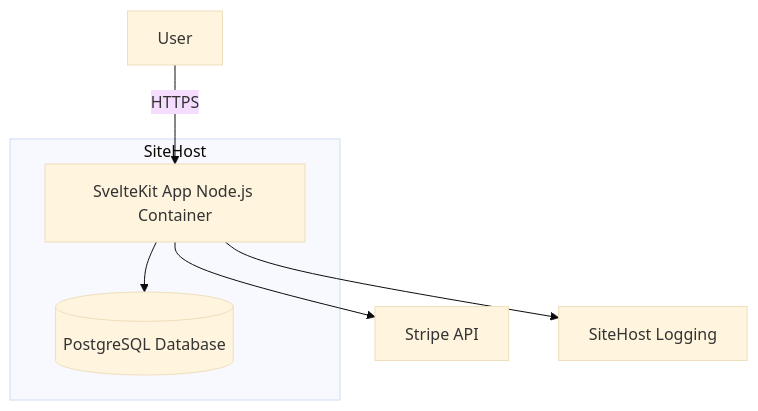
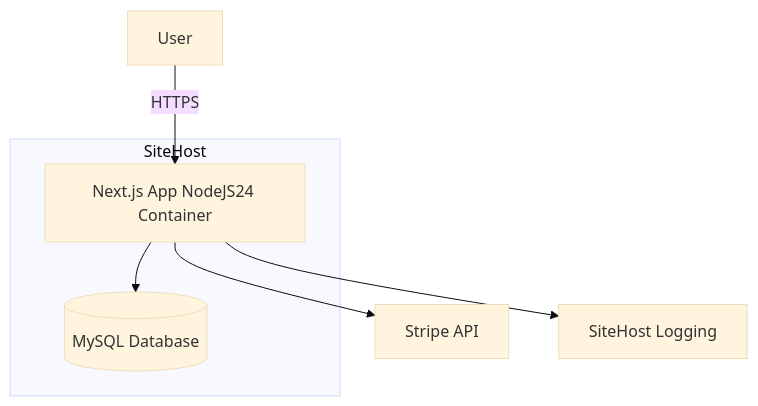
Before and after one commit to angelacollings/binrun: the diagram in docs/diagrams/containers.md, drawn with Mermaid (base theme). The commit also changed 15 other files, not shown here.

````diff
--- a/docs/diagrams/containers.md
+++ b/docs/diagrams/containers.md
@@ -3,14 +3,14 @@
 ```mermaid
 graph TD
-User -->|HTTPS| App[SvelteKit App Node.js Container]
+User -->|HTTPS| App[Next.js App NodeJS24 Container]
 
-    App --> DB[(PostgreSQL Database)]
+    App --> DB[(MySQL Database)]
     App --> StripeAPI[Stripe API]
 
     App --> Logs[SiteHost Logging]
 
     subgraph SiteHost
         App
         DB
     end
 ```
````
